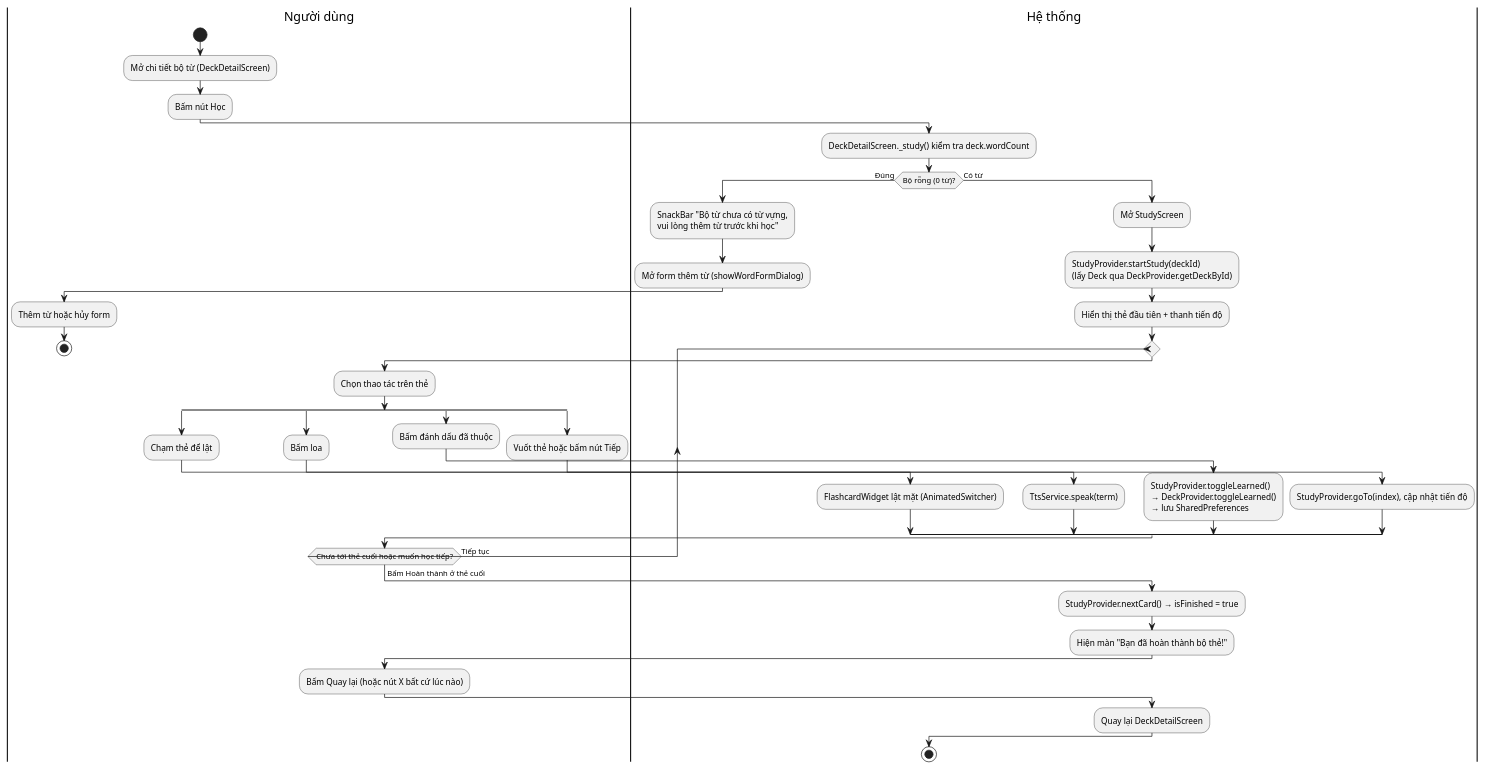
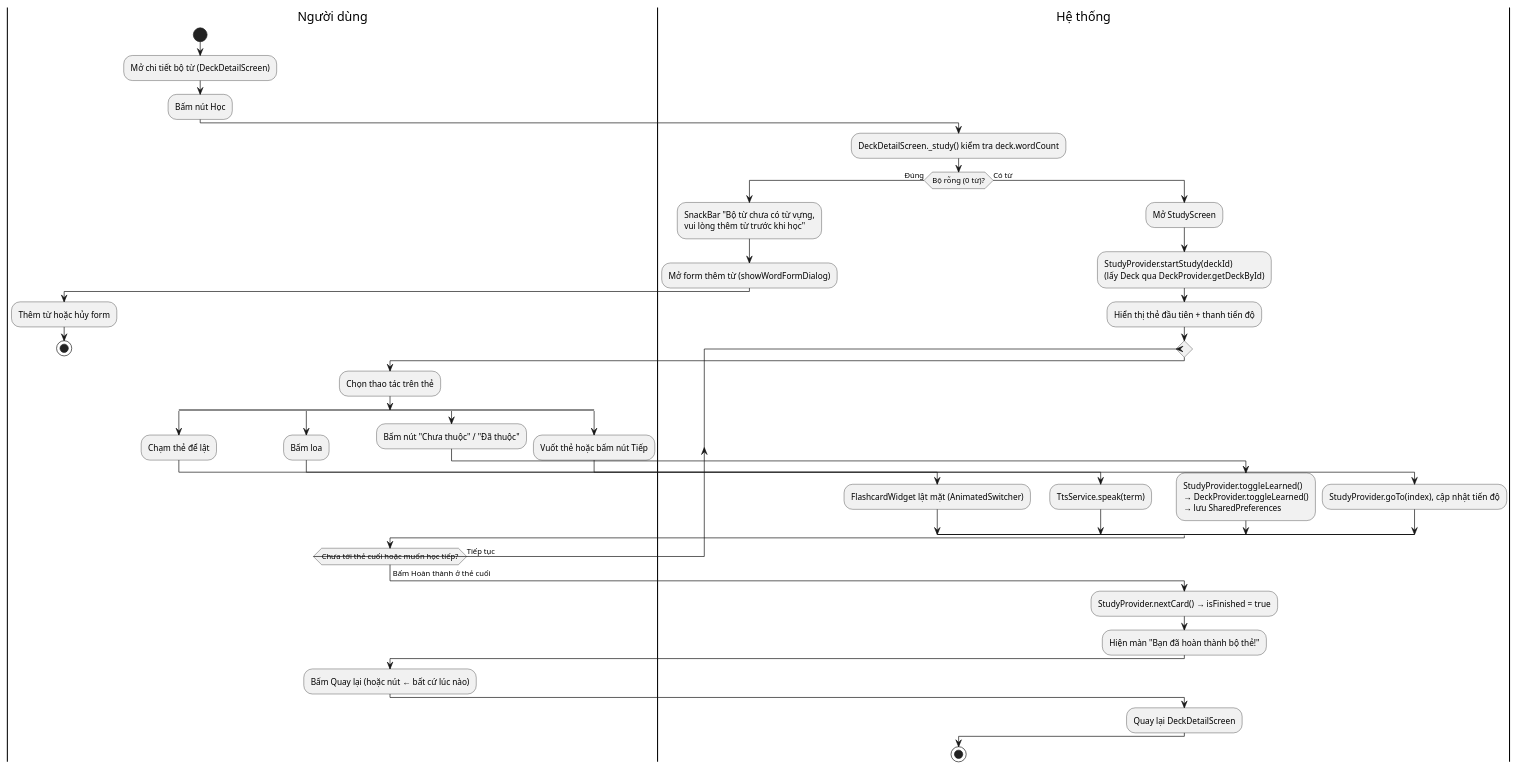
Before and after one commit to hoang-adu/2026_2027_1_1_LTTBDD_N01_Nhom_2: the diagram in docs/activity_study_flashcard.puml, drawn with PlantUML. The commit also changed 7 other files, not shown here.

First line of the commit message:
fix(study): mặt sau thẻ có phiên âm; nút Đã thuộc/Chưa thuộc có chữ; bỏ nút X trùng

```diff
--- a/docs/activity_study_flashcard.puml
+++ b/docs/activity_study_flashcard.puml
@@ -1,56 +1,56 @@
 @startuml
 |Người dùng|
 start
 :Mở chi tiết bộ từ (DeckDetailScreen);
 :Bấm nút Học;
 
 |Hệ thống|
 :DeckDetailScreen._study() kiểm tra deck.wordCount;
 if (Bộ rỗng (0 từ)?) then (Đúng)
   :SnackBar "Bộ từ chưa có từ vựng,\nvui lòng thêm từ trước khi học";
   :Mở form thêm từ (showWordFormDialog);
   |Người dùng|
   :Thêm từ hoặc hủy form;
   stop
 else (Có từ)
   |Hệ thống|
   :Mở StudyScreen;
   :StudyProvider.startStudy(deckId)\n(lấy Deck qua DeckProvider.getDeckById);
   :Hiển thị thẻ đầu tiên + thanh tiến độ;
 
   repeat
     |Người dùng|
     :Chọn thao tác trên thẻ;
     split
       :Chạm thẻ để lật;
       |Hệ thống|
       :FlashcardWidget lật mặt (AnimatedSwitcher);
     split again
       |Người dùng|
       :Bấm loa;
       |Hệ thống|
       :TtsService.speak(term);
     split again
       |Người dùng|
-      :Bấm đánh dấu đã thuộc;
+      :Bấm nút "Chưa thuộc" / "Đã thuộc";
       |Hệ thống|
       :StudyProvider.toggleLearned()\n→ DeckProvider.toggleLearned()\n→ lưu SharedPreferences;
     split again
       |Người dùng|
       :Vuốt thẻ hoặc bấm nút Tiếp;
       |Hệ thống|
       :StudyProvider.goTo(index), cập nhật tiến độ;
     end split
     |Người dùng|
   repeat while (Chưa tới thẻ cuối hoặc muốn học tiếp?) is (Tiếp tục)
   ->Bấm Hoàn thành ở thẻ cuối;
   |Hệ thống|
   :StudyProvider.nextCard() → isFinished = true;
   :Hiện màn "Bạn đã hoàn thành bộ thẻ!";
   |Người dùng|
-  :Bấm Quay lại (hoặc nút X bất cứ lúc nào);
+  :Bấm Quay lại (hoặc nút ← bất cứ lúc nào);
   |Hệ thống|
   :Quay lại DeckDetailScreen;
 endif
 stop
 @enduml
```
